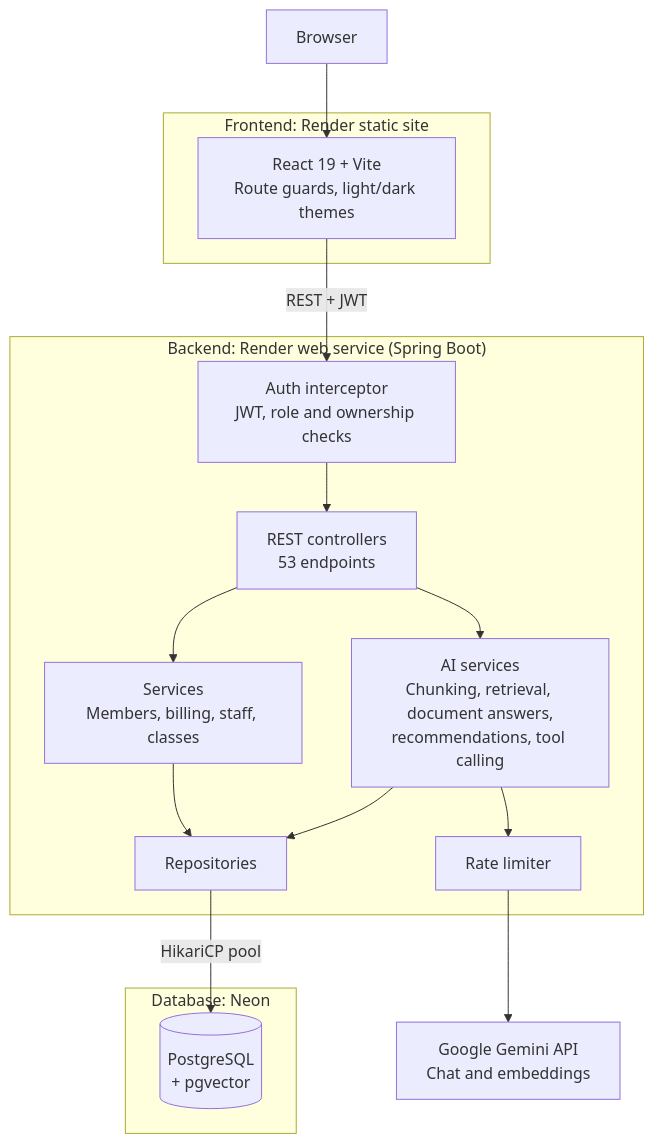
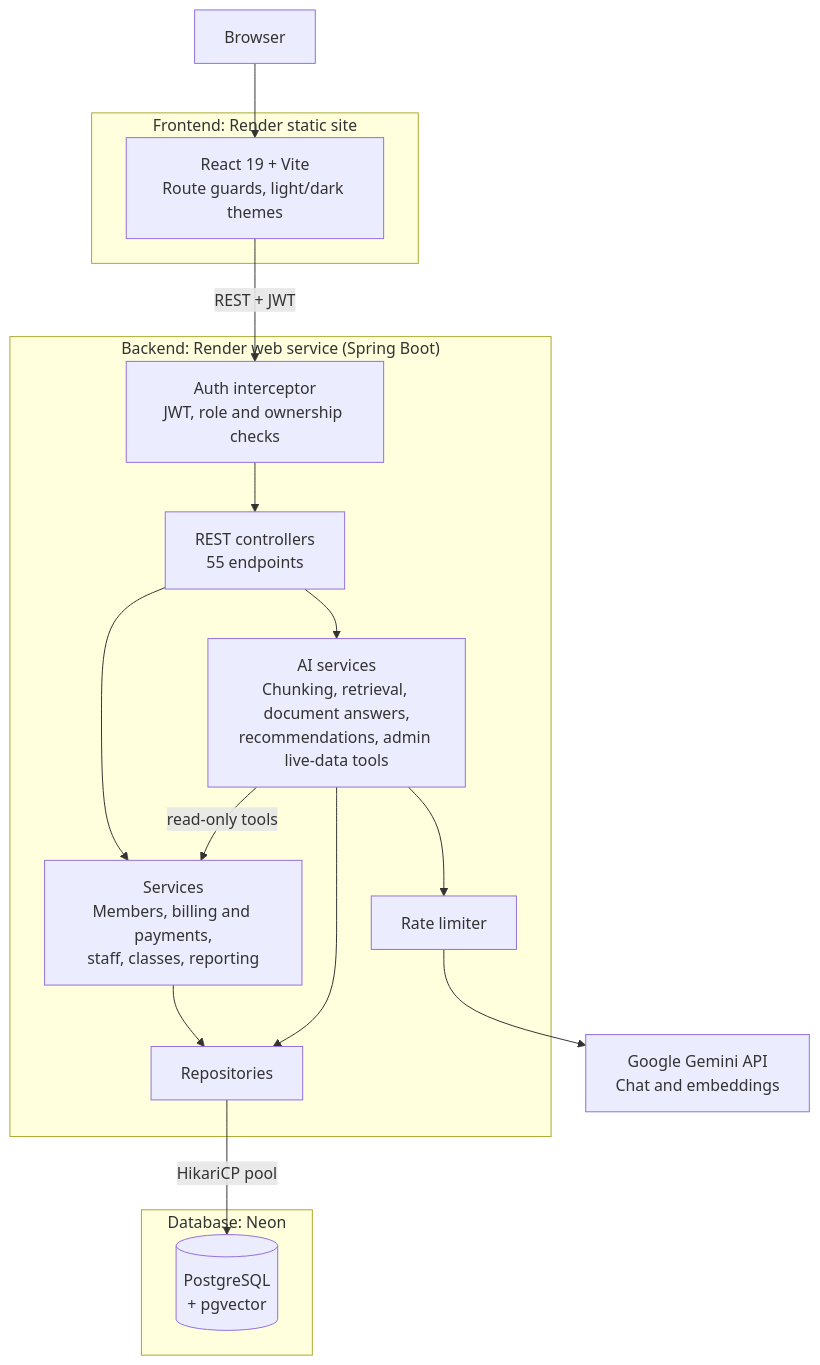
One commit to aqsak-dev99/MyFitness-Gym-Management-System changed the diagram in README.md. Above: the diagram before and after it, drawn with Mermaid. The commit also changed other lines of this file, not shown here.

````diff
--- a/README.md
+++ b/README.md
@@ -64,34 +66,35 @@
 ```mermaid
 flowchart TB
     user["Browser"]
 
     subgraph fe["Frontend: Render static site"]
         react["React 19 + Vite<br/>Route guards, light/dark themes"]
     end
 
     subgraph be["Backend: Render web service (Spring Boot)"]
         auth["Auth interceptor<br/>JWT, role and ownership checks"]
-        ctrl["REST controllers<br/>53 endpoints"]
-        svc["Services<br/>Members, billing, staff, classes"]
-        ai["AI services<br/>Chunking, retrieval, document answers,<br/>recommendations, tool calling"]
+        ctrl["REST controllers<br/>55 endpoints"]
+        svc["Services<br/>Members, billing and payments,<br/>staff, classes, reporting"]
+        ai["AI services<br/>Chunking, retrieval, document answers,<br/>recommendations, admin live-data tools"]
         limiter["Rate limiter"]
         repo["Repositories"]
     end
 
     subgraph db["Database: Neon"]
         pg[("PostgreSQL<br/>+ pgvector")]
     end
 
     gemini["Google Gemini API<br/>Chat and embeddings"]
 
     user --> react
     react -->|"REST + JWT"| auth
     auth --> ctrl
     ctrl --> svc
     ctrl --> ai
     svc --> repo
     ai --> repo
+    ai -->|"read-only tools"| svc
     ai --> limiter
     limiter --> gemini
     repo -->|"HikariCP pool"| pg
 ```
````
